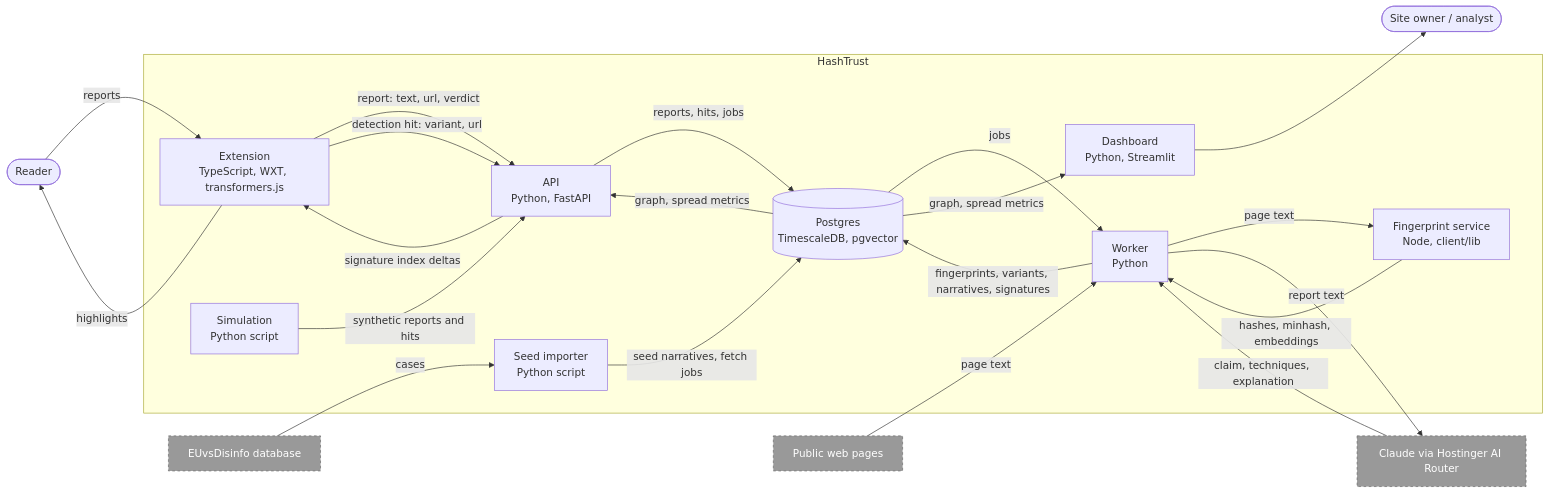
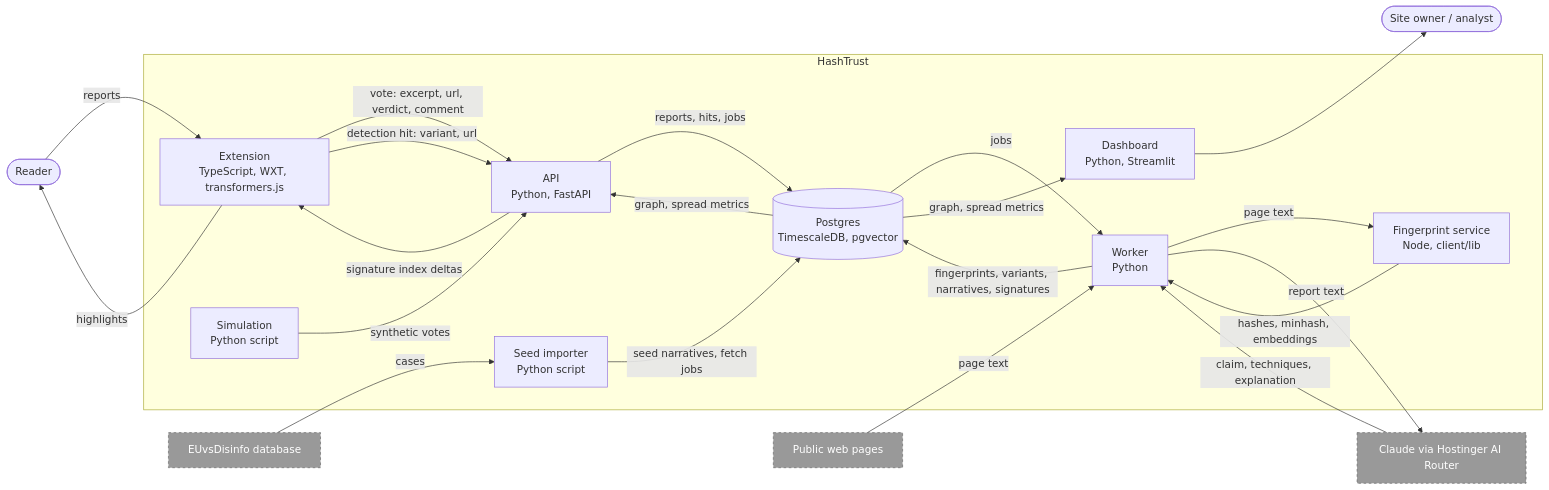
The second of 4 diagrams in docs/components.md (nlinnanen/konklaavi), drawn with Mermaid before and after one commit. The commit also changed other lines of this file and 5 other files, not shown here.

````diff
--- a/docs/components.md
+++ b/docs/components.md
@@ -30,43 +30,43 @@
 ```mermaid
 flowchart LR
   Reader(["Reader"])
   Owner(["Site owner / analyst"])
 
   subgraph Sys["HashTrust"]
     Ext["Extension<br/>TypeScript, WXT, transformers.js"]
     API["API<br/>Python, FastAPI"]
     Worker["Worker<br/>Python"]
     FPS["Fingerprint service<br/>Node, client/lib"]
     DB[("Postgres<br/>TimescaleDB, pgvector")]
     Dash["Dashboard<br/>Python, Streamlit"]
     Seed["Seed importer<br/>Python script"]
     Sim["Simulation<br/>Python script"]
   end
 
   Web["Public web pages"]
   EU["EUvsDisinfo database"]
   Claude["Claude via Hostinger AI Router"]
 
   Reader -->|reports| Ext
   Ext -->|highlights| Reader
-  Ext -->|"report: text, url, verdict"| API
+  Ext -->|"vote: excerpt, url, verdict, comment"| API
   Ext -->|"detection hit: variant, url"| API
   API -->|signature index deltas| Ext
   API -->|reports, hits, jobs| DB
   DB -->|jobs| Worker
   Worker -->|"fingerprints, variants, narratives, signatures"| DB
   Web -->|page text| Worker
   Worker -->|page text| FPS
   FPS -->|"hashes, minhash, embeddings"| Worker
   Worker -->|report text| Claude
   Claude -->|claim, techniques, explanation| Worker
   EU -->|cases| Seed
   Seed -->|seed narratives, fetch jobs| DB
   DB -->|graph, spread metrics| API
   DB -->|graph, spread metrics| Dash
   Dash --> Owner
-  Sim -->|synthetic reports and hits| API
+  Sim -->|synthetic votes| API
 
   classDef ext fill:#999,stroke:#666,stroke-dasharray:4,color:#fff
   class Web,EU,Claude ext
 ```
````
